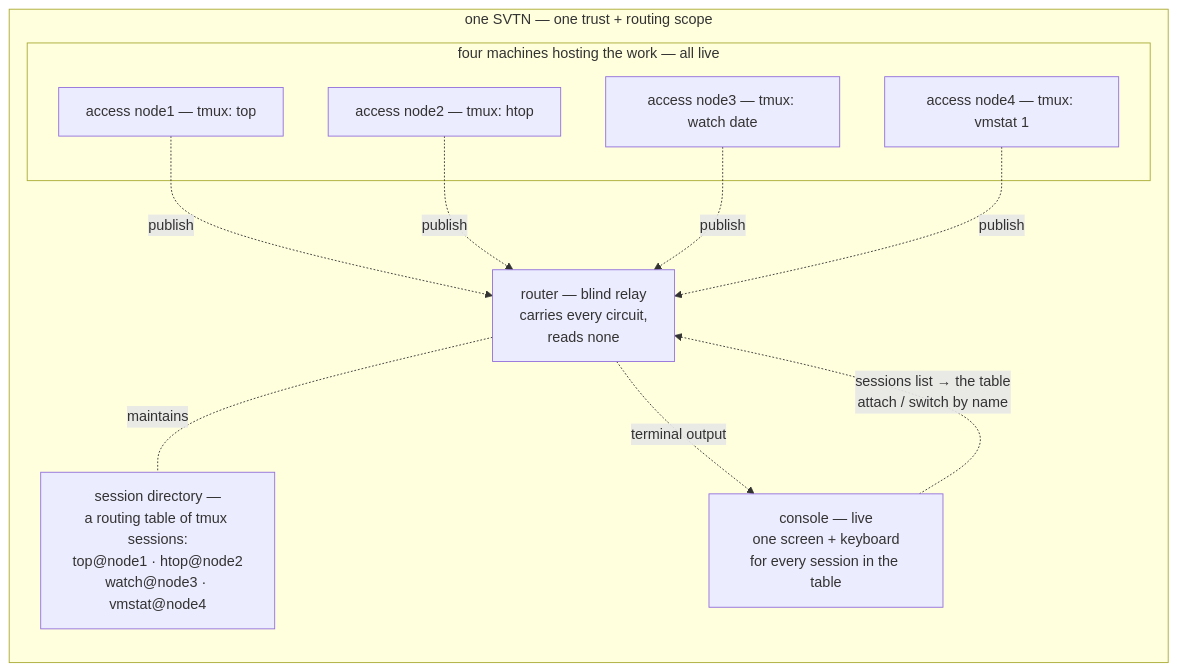
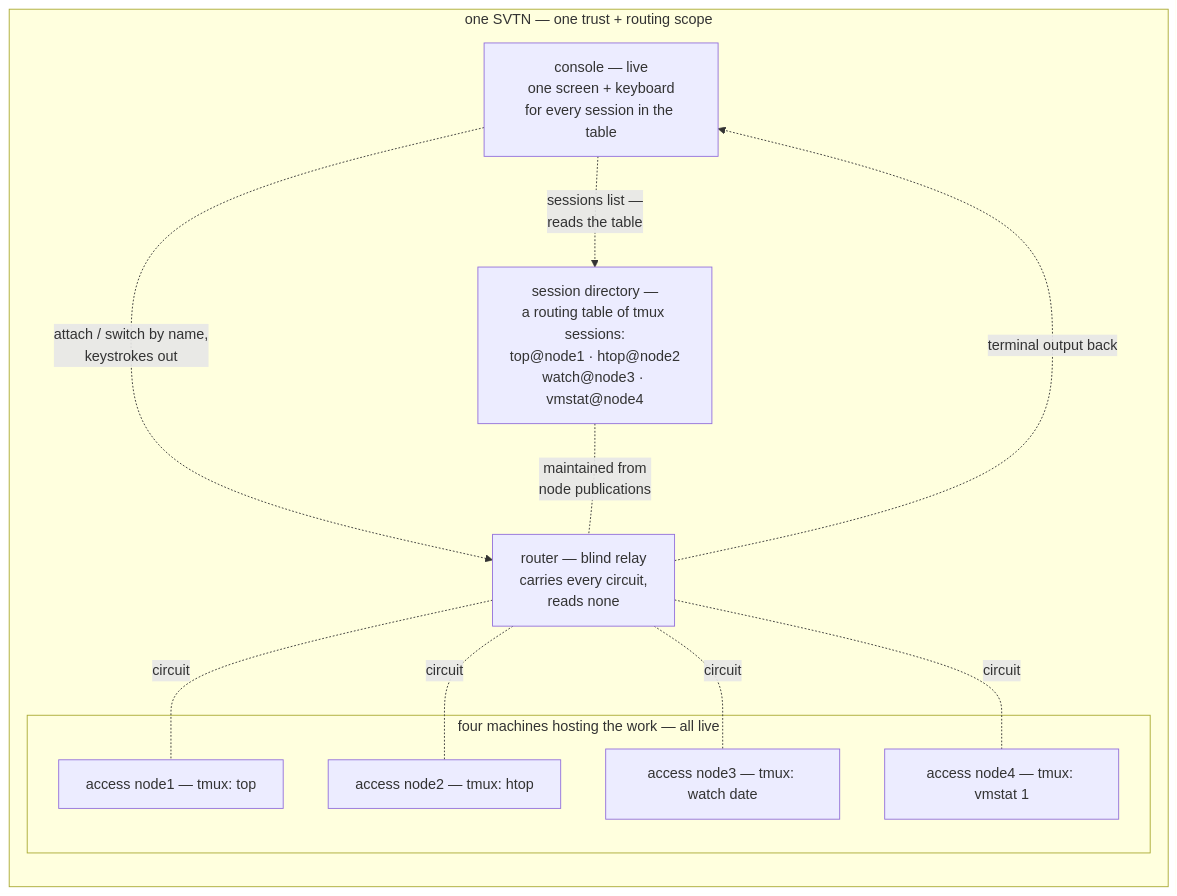
Before and after one commit to ArcavenAE/switchboard-blue: the first of 3 diagrams in examples/05-four-nodes-one-svtn/README.md, drawn with Mermaid. The commit also changed 8 other files, not shown here.

First line of the commit message:
docs(diagrams): orient flows initiator-left — keystrokes lead, output returns

````diff
--- a/examples/05-four-nodes-one-svtn/README.md
+++ b/examples/05-four-nodes-one-svtn/README.md
@@ -25,21 +25,22 @@
 ```mermaid
 graph LR
     subgraph svtn["one SVTN — one trust + routing scope"]
+        CN["console — live<br/>one screen + keyboard<br/>for every session in the table"]
+        DIR["session directory —<br/>a routing table of tmux sessions:<br/>top@node1 · htop@node2<br/>watch@node3 · vmstat@node4"]
+        R["router — blind relay<br/>carries every circuit,<br/>reads none"]
         subgraph work["four machines hosting the work — all live"]
             A1["access node1 — tmux: top"]
             A2["access node2 — tmux: htop"]
             A3["access node3 — tmux: watch date"]
             A4["access node4 — tmux: vmstat 1"]
         end
-        R["router — blind relay<br/>carries every circuit,<br/>reads none"]
-        DIR["session directory —<br/>a routing table of tmux sessions:<br/>top@node1 · htop@node2<br/>watch@node3 · vmstat@node4"]
-        CN["console — live<br/>one screen + keyboard<br/>for every session in the table"]
     end
-    A1 -. publish .-> R
-    A2 -. publish .-> R
-    A3 -. publish .-> R
-    A4 -. publish .-> R
-    R -. "maintains" .- DIR
-    R -. "terminal output" .-> CN
-    CN -. "sessions list → the table<br/>attach / switch by name" .-> R
+    CN -. "sessions list —<br/>reads the table" .-> DIR
+    CN -. "attach / switch by name,<br/>keystrokes out" .-> R
+    R -. "terminal output back" .-> CN
+    DIR -. "maintained from<br/>node publications" .- R
+    R -. circuit .- A1
+    R -. circuit .- A2
+    R -. circuit .- A3
+    R -. circuit .- A4
 ```
````
